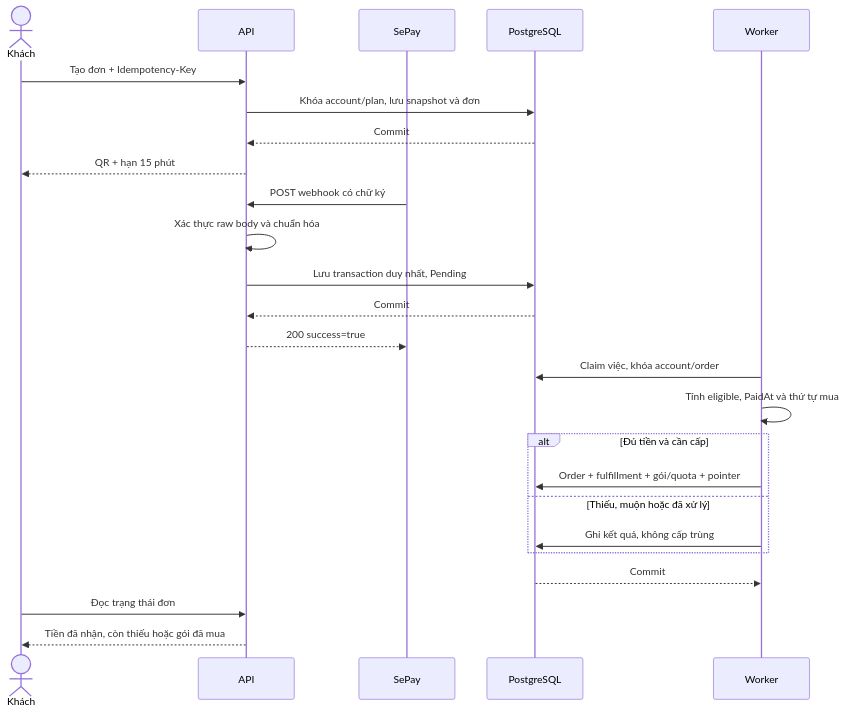
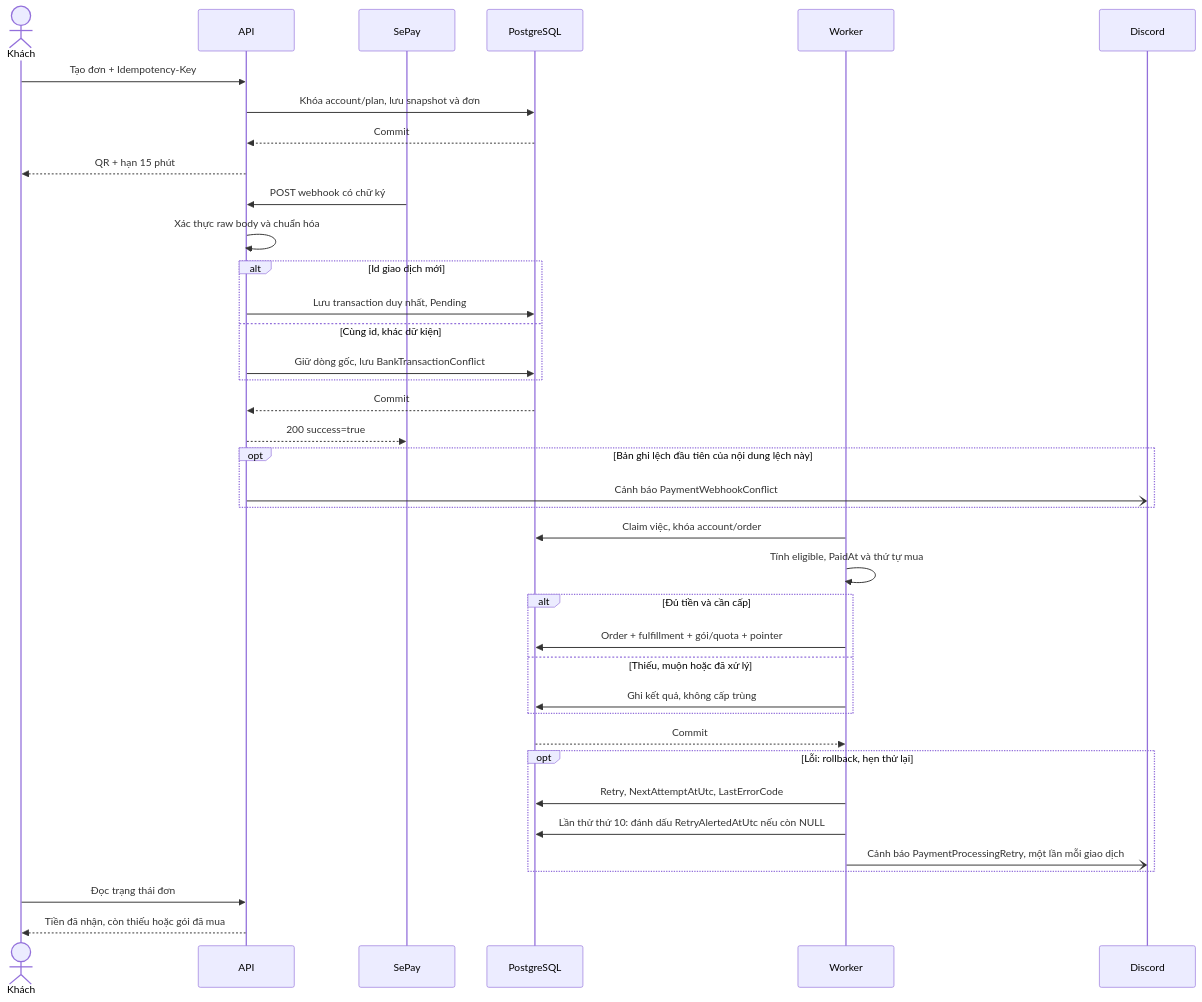
One commit to TaskCoper/bmt-documentation changed the second of 5 diagrams in tdd/TDD-PAY-001.md. Above: the diagram before and after it, drawn with Mermaid. The commit also changed other lines of this file and 33 other files, not shown here.

First line of the commit message:
docs: chốt quản trị kết nối nhận tiền SePay và cảnh báo Discord cho thanh toán

````diff
--- a/tdd/TDD-PAY-001.md
+++ b/tdd/TDD-PAY-001.md
@@ -171,27 +206,40 @@
 ```mermaid
 sequenceDiagram
     actor C as Khách
     participant A as API
     participant S as SePay
     participant D as PostgreSQL
     participant W as Worker
+    participant K as Discord
     C->>A: Tạo đơn + Idempotency-Key
     A->>D: Khóa account/plan, lưu snapshot và đơn
     D-->>A: Commit
     A-->>C: QR + hạn 15 phút
     S->>A: POST webhook có chữ ký
     A->>A: Xác thực raw body và chuẩn hóa
-    A->>D: Lưu transaction duy nhất, Pending
+    alt Id giao dịch mới
+      A->>D: Lưu transaction duy nhất, Pending
+    else Cùng id, khác dữ kiện
+      A->>D: Giữ dòng gốc, lưu BankTransactionConflict
+    end
     D-->>A: Commit
     A-->>S: 200 success=true
+    opt Bản ghi lệch đầu tiên của nội dung lệch này
+      A-)K: Cảnh báo PaymentWebhookConflict
+    end
     W->>D: Claim việc, khóa account/order
     W->>W: Tính eligible, PaidAt và thứ tự mua
     alt Đủ tiền và cần cấp
       W->>D: Order + fulfillment + gói/quota + pointer
     else Thiếu, muộn hoặc đã xử lý
       W->>D: Ghi kết quả, không cấp trùng
     end
     D-->>W: Commit
+    opt Lỗi: rollback, hẹn thử lại
+      W->>D: Retry, NextAttemptAtUtc, LastErrorCode
+      W->>D: Lần thử thứ 10: đánh dấu RetryAlertedAtUtc nếu còn NULL
+      W-)K: Cảnh báo PaymentProcessingRetry, một lần mỗi giao dịch
+    end
     C->>A: Đọc trạng thái đơn
     A-->>C: Tiền đã nhận, còn thiếu hoặc gói đã mua
 ```
````
